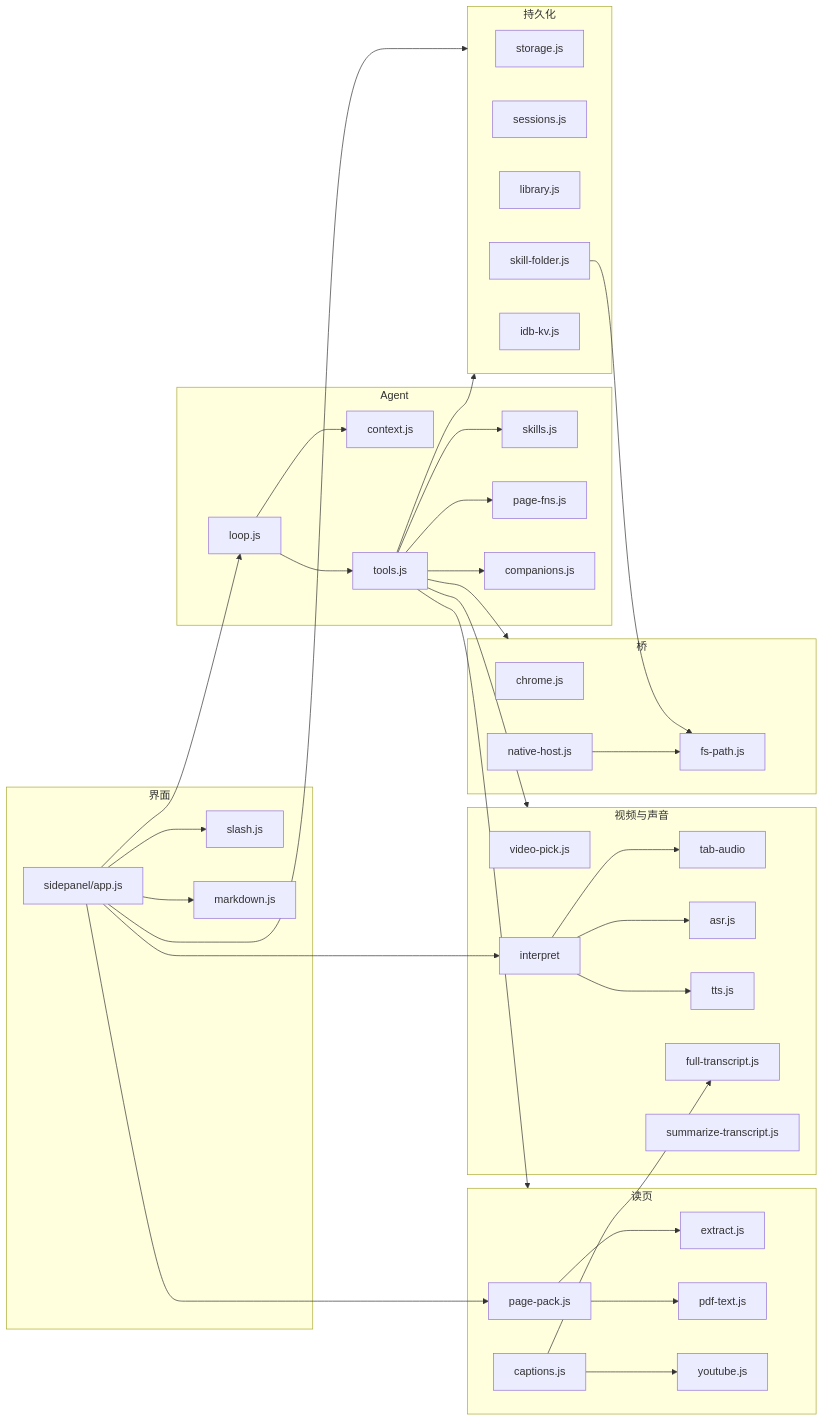
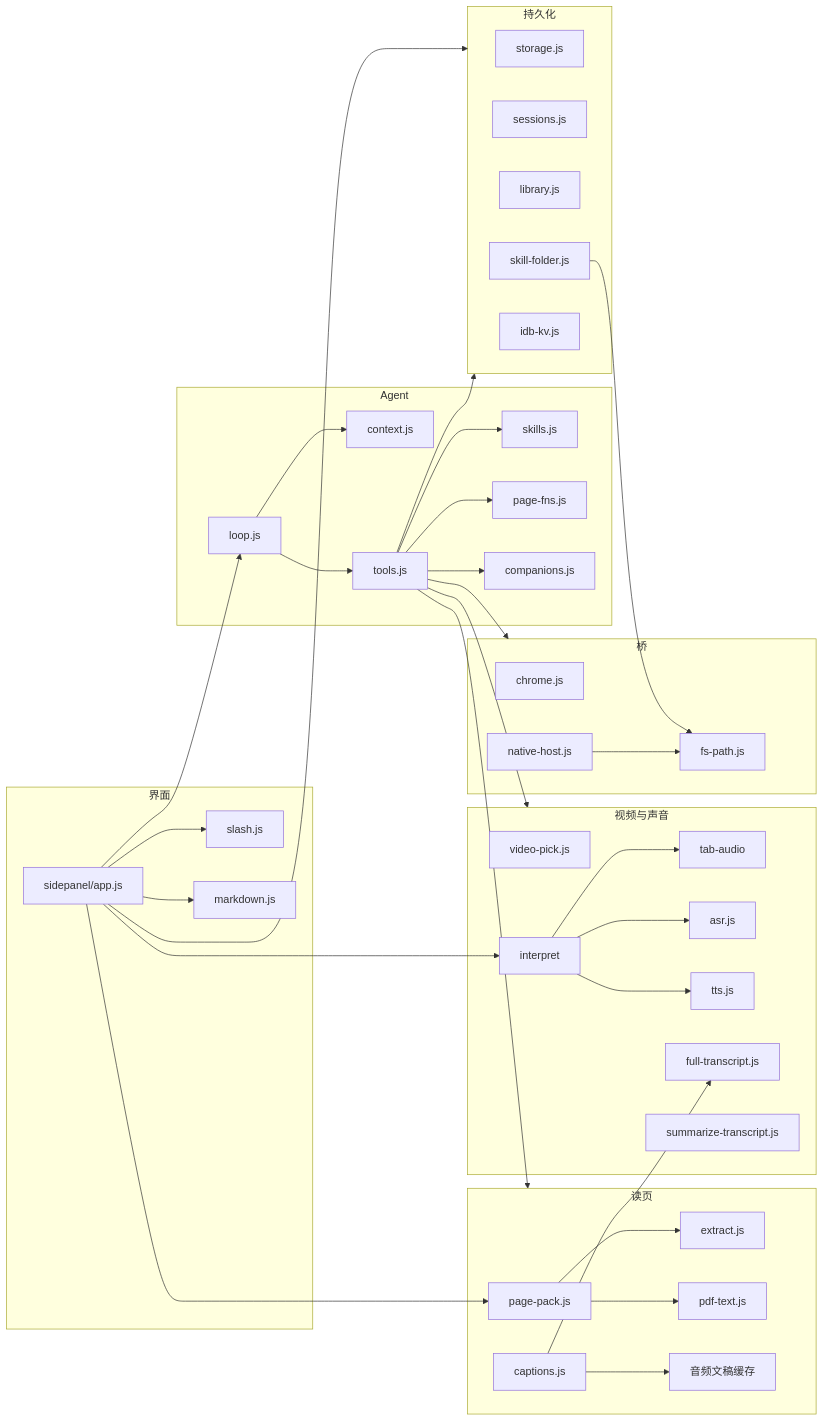
One commit to magele758/open-chrome-ai changed the second of 3 diagrams in README.md. Above: the diagram before and after it, drawn with Mermaid. The commit also changed other lines of this file and 38 other files, not shown here.

````diff
--- a/README.md
+++ b/README.md
@@ -269,74 +274,74 @@
 ```mermaid
 flowchart LR
   subgraph ui [界面]
     App[sidepanel/app.js]
     Slash[slash.js]
     Md[markdown.js]
   end
 
   subgraph agent [Agent]
     Loop[loop.js]
     Ctx[context.js]
     Tools[tools.js]
     Skills[skills.js]
     PageFns[page-fns.js]
     Comp[companions.js]
   end
 
   subgraph pack [读页]
     Pack[page-pack.js]
     Ext[extract.js]
     Pdf[pdf-text.js]
-    Yt[youtube.js]
+    Yt[音频文稿缓存]
     Caps[captions.js]
   end
 
   subgraph media [视频与声音]
     Pick[video-pick.js]
     Audio[tab-audio]
     Interp[interpret]
     Asr[asr.js]
     Tts[tts.js]
     Full[full-transcript.js]
     Sum[summarize-transcript.js]
   end
 
   subgraph persist [持久化]
     Store[storage.js]
     Sess[sessions.js]
     Lib[library.js]
     SkillDir[skill-folder.js]
     Idb[idb-kv.js]
   end
 
   subgraph bridge [桥]
     Chrome[chrome.js]
     Native[native-host.js]
     Fs[fs-path.js]
   end
 
   App --> Slash
   App --> Md
   App --> Loop
   App --> Pack
   App --> Interp
   App --> persist
   Loop --> Ctx
   Loop --> Tools
   Tools --> Skills
   Tools --> PageFns
   Tools --> Comp
   Tools --> pack
   Tools --> media
   Tools --> persist
   Tools --> bridge
   Pack --> Ext
   Pack --> Pdf
   Caps --> Yt
   Caps --> Full
   Interp --> Audio
   Interp --> Asr
   Interp --> Tts
   SkillDir --> Fs
   Native --> Fs
 ```
````
